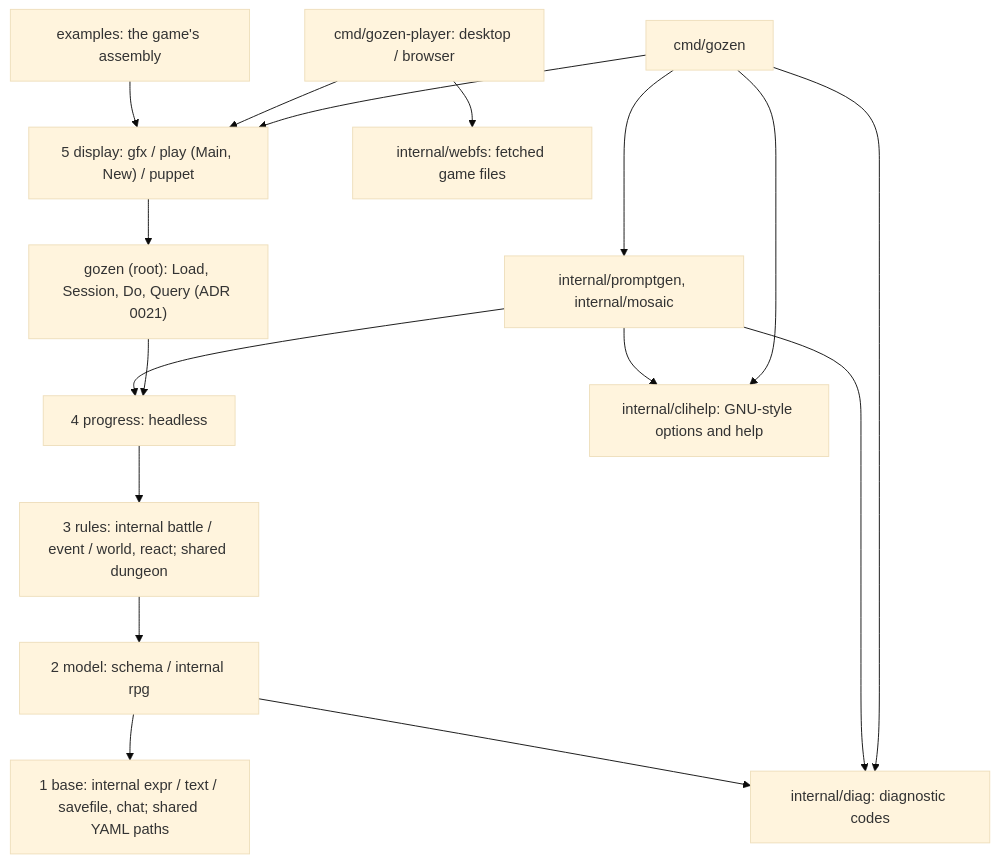
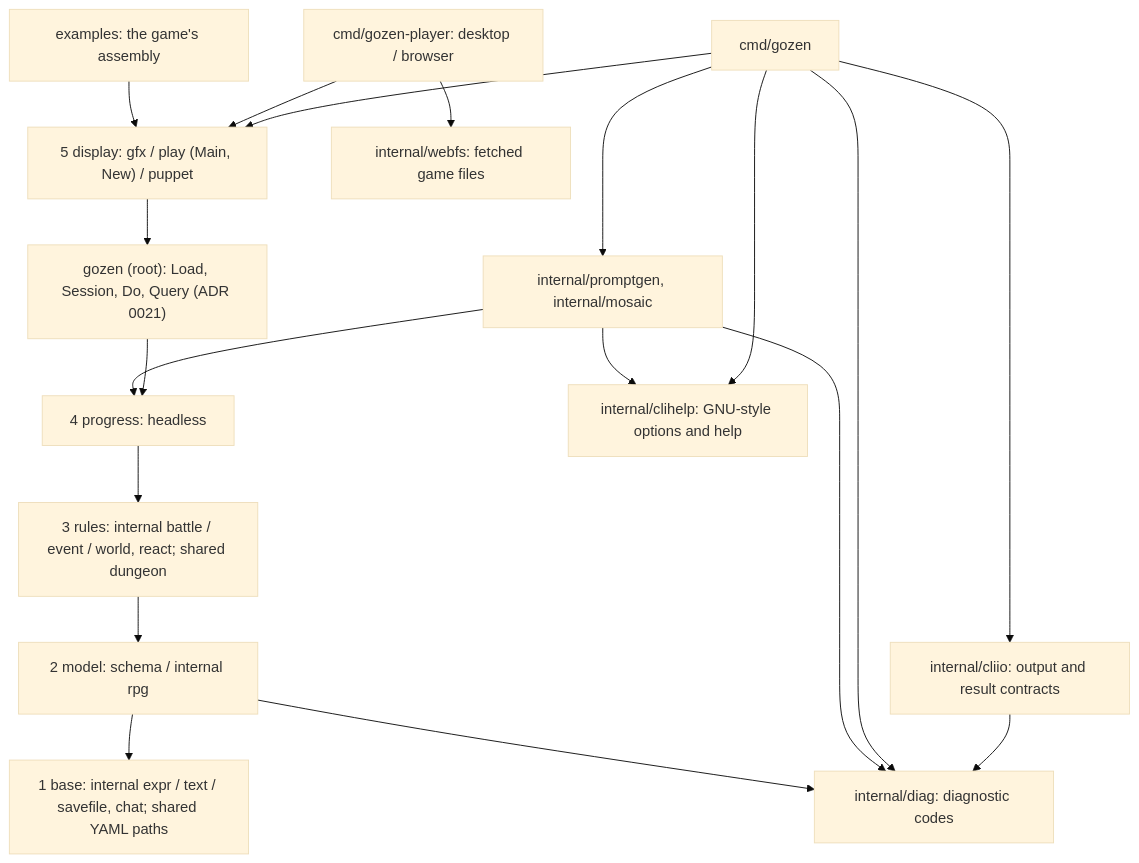
One commit to nao1215/gozen changed the diagram in docs/architecture/overview.md. Above: the diagram before and after it, drawn with Mermaid (base theme). The commit also changed other lines of this file and 41 other files, not shown here.

First line of the commit message:
feat(cli): add versioned JSON reports and output contracts (#51)

````diff
--- a/docs/architecture/overview.md
+++ b/docs/architecture/overview.md
@@ -13,20 +13,22 @@
 ```mermaid
 flowchart TB
   L5["5 display: gfx / play (Main, New) / puppet"]
   L5 --> R["gozen (root): Load, Session, Do, Query (ADR 0021)"]
   R --> L4["4 progress: headless"]
   L4 --> L3["3 rules: internal battle / event / world, react; shared dungeon"]
   L3 --> L2["2 model: schema / internal rpg"]
   L2 --> L1["1 base: internal expr / text / savefile, chat; shared YAML paths"]
   CLI["cmd/gozen"] --> L5
   Player["cmd/gozen-player: desktop / browser"] --> L5
   Player --> WebFS["internal/webfs: fetched game files"]
   CLI --> Private["internal/promptgen, internal/mosaic"]
   Private --> L4
   CLI --> Help["internal/clihelp: GNU-style options and help"]
   Private --> Help
+  CLI --> Output["internal/cliio: output and result contracts"]
+  Output --> Diag
   CLI --> Diag["internal/diag: diagnostic codes"]
   Private --> Diag
   L2 --> Diag
   Example["examples: the game's assembly"] --> L5
 ```
````
